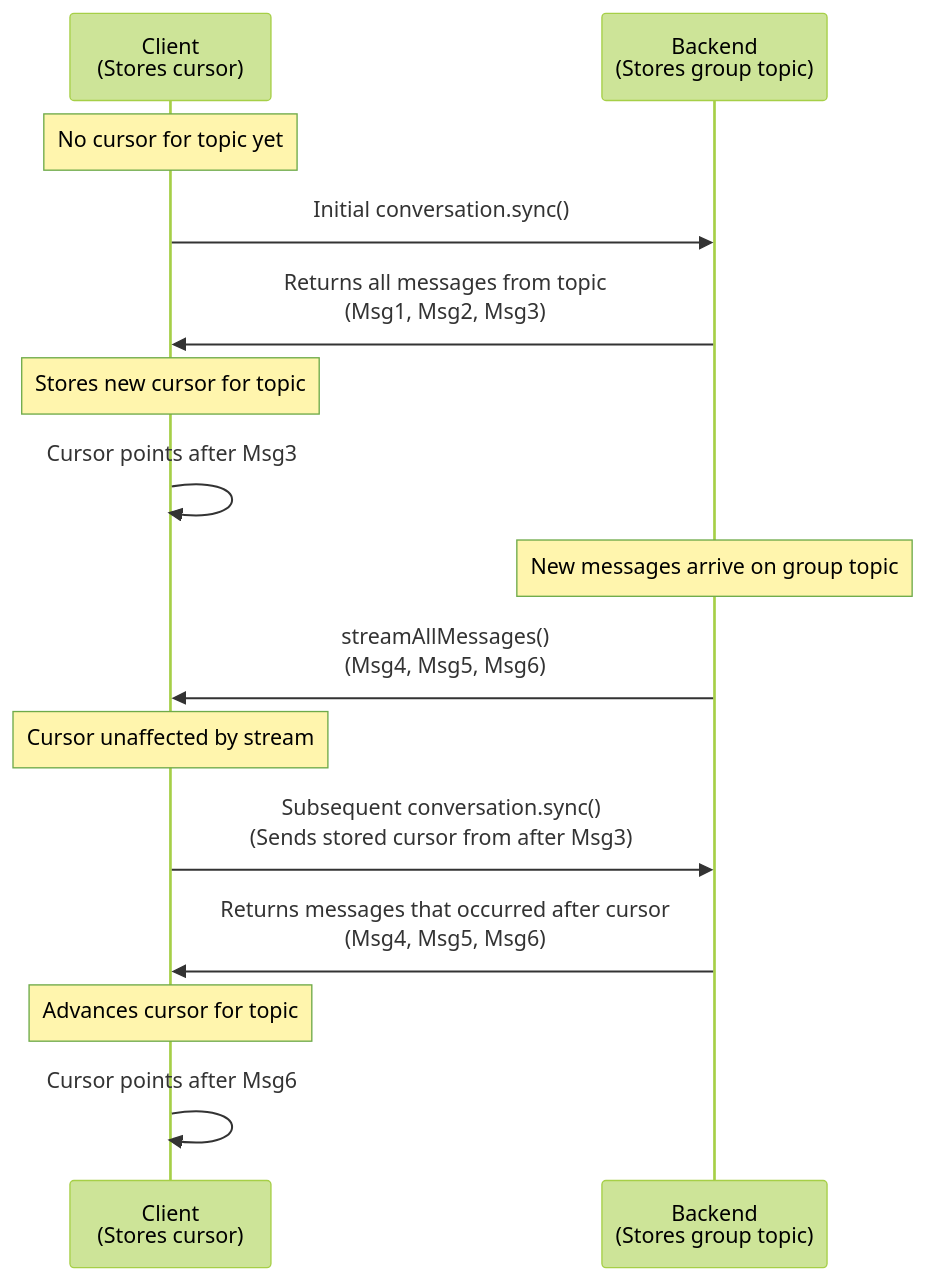
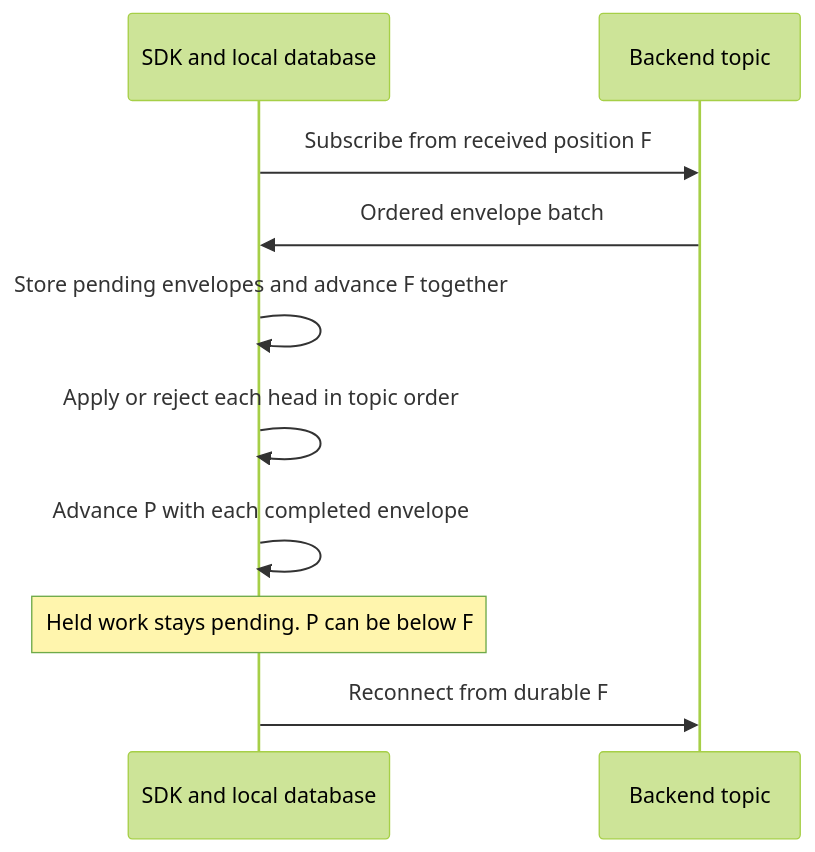
One commit to xmtp/libxmtp changed the diagram in apps/docs/src/content/docs/protocol/cursors.md. Above: the diagram before and after it, drawn with Mermaid (forest theme). The commit also changed other lines of this file and 93 other files, not shown here.

````diff
--- a/apps/docs/src/content/docs/protocol/cursors.md
+++ b/apps/docs/src/content/docs/protocol/cursors.md
@@ -31,18 +71,13 @@
 ```mermaid
 sequenceDiagram
-  participant Client as Client <br> (Stores cursor)
-  participant Backend as Backend <br> (Stores group topic)
+  participant Client as SDK and local database
+  participant Backend as Backend topic
 
-  Note over Client: No cursor for topic yet
-  Client ->> Backend: Initial conversation.sync()
-  Backend ->> Client: Returns all messages from topic <br> (Msg1, Msg2, Msg3)
-  Note over Client: Stores new cursor for topic
-  Client ->> Client: Cursor points after Msg3
-  Note over Backend: New messages arrive on group topic
-  Backend ->> Client: streamAllMessages() <br> (Msg4, Msg5, Msg6)
-  Note over Client: Cursor unaffected by stream
-  Client ->> Backend: Subsequent conversation.sync() <br> (Sends stored cursor from after Msg3)
-  Backend ->> Client: Returns messages that occurred after cursor <br> (Msg4, Msg5, Msg6)
-  Note over Client: Advances cursor for topic
-  Client ->> Client: Cursor points after Msg6
+  Client ->> Backend: Subscribe from received position F
+  Backend ->> Client: Ordered envelope batch
+  Client ->> Client: Store pending envelopes and advance F together
+  Client ->> Client: Apply or reject each head in topic order
+  Client ->> Client: Advance P with each completed envelope
+  Note over Client: Held work stays pending. P can be below F
+  Client ->> Backend: Reconnect from durable F
 ```
````
